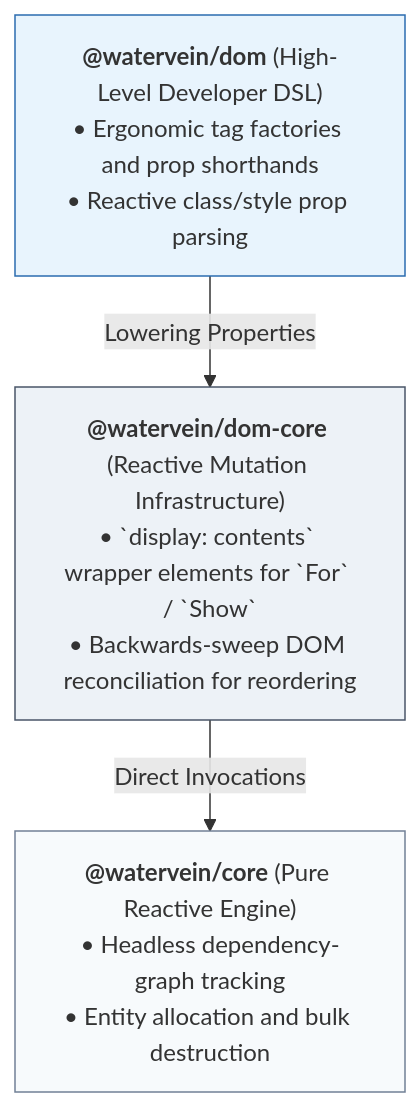
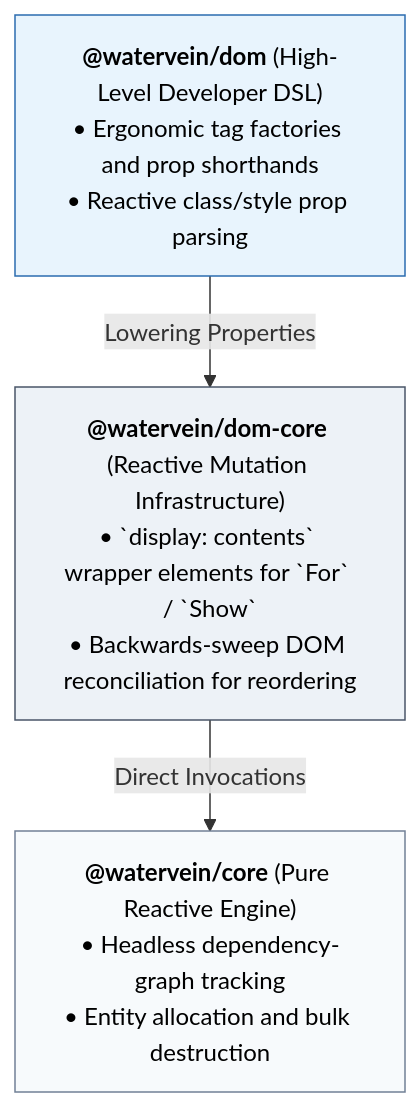
Before and after one commit to waterveinjs/watervein: the fourth of 4 diagrams in README.md, drawn with Mermaid. The commit also changed other lines of this file and 4 other files, not shown here.

Commit message:
docs: Converting the Mermeid diagram in the README to PNG to ensure compatibility with GitHub views that aren't browser-based

````diff
--- a/README.md
+++ b/README.md
@@ -290,15 +316,15 @@
 ```mermaid
 graph TD
     DSL["<strong>@watervein/dom</strong> (High-Level Developer DSL)<br>• Ergonomic tag factories and prop shorthands<br>• Reactive class/style prop parsing"]
     
     Core["<strong>@watervein/dom-core</strong> (Reactive Mutation Infrastructure)<br>• `display: contents` wrapper elements for `For` / `Show`<br>• Backwards-sweep DOM reconciliation for reordering"]
     
     Engine["<strong>@watervein/core</strong> (Pure Reactive Engine)<br>• Headless dependency-graph tracking<br>• Entity allocation and bulk destruction"]
 
     DSL -- "Lowering Properties" --> Core
     Core -- "Direct Invocations" --> Engine
 
-    style DSL fill:#e8f4fd,stroke:#2b6cb0,stroke-width:1px
-    style Core fill:#edf2f7,stroke:#4a5568,stroke-width:1px
-    style Engine fill:#f7fafc,stroke:#718096,stroke-width:1px
+    style DSL fill:#e8f4fd,stroke:#2b6cb0,stroke-width:1px,color:#000
+    style Core fill:#edf2f7,stroke:#4a5568,stroke-width:1px,color:#000
+    style Engine fill:#f7fafc,stroke:#718096,stroke-width:1px,color:#000
 ```
````
